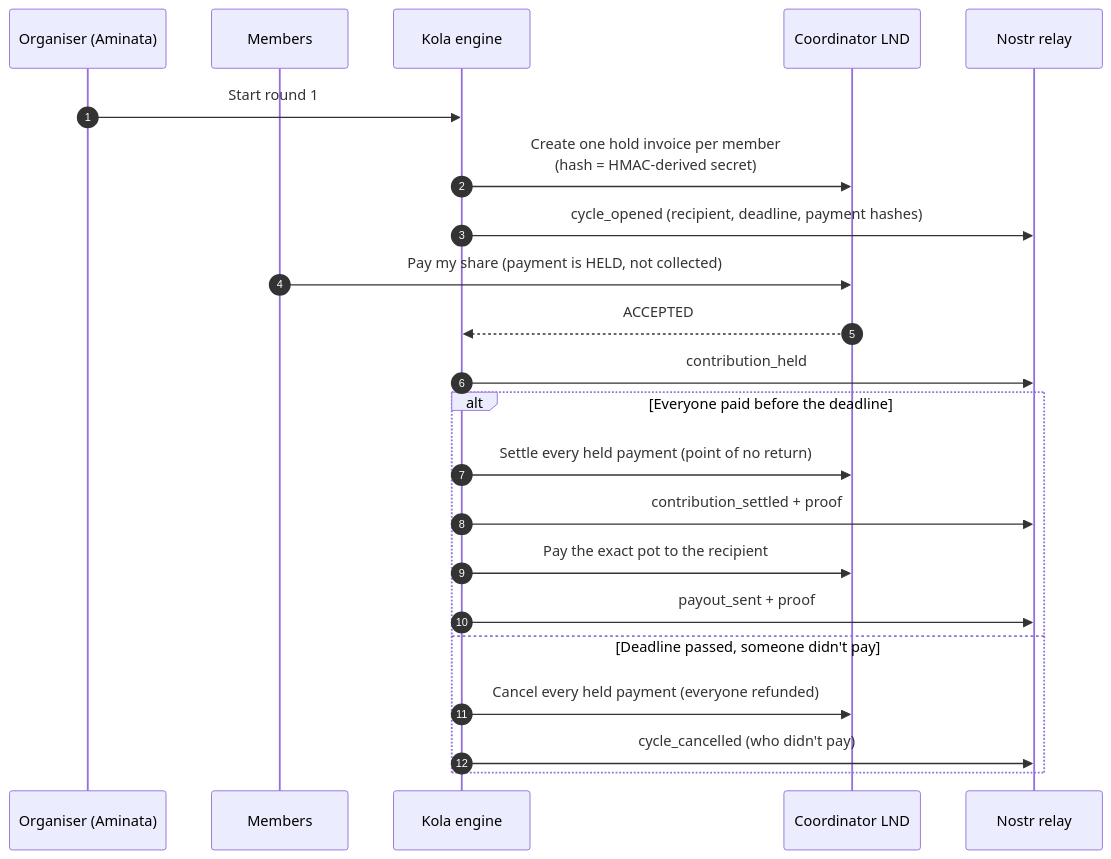
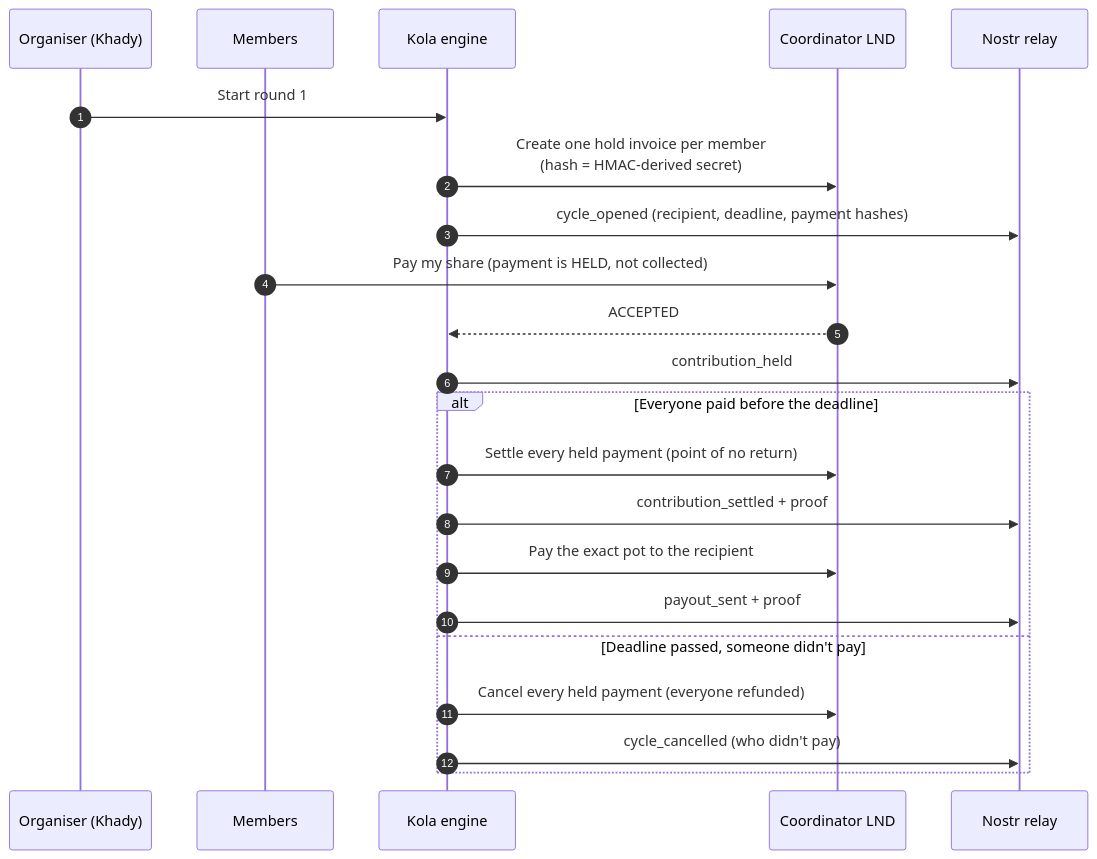
Before and after one commit to lsgnjms/kola: the second of 2 diagrams in README.md, drawn with Mermaid. The commit also changed other lines of this file and 34 other files, not shown here.

````diff
--- a/README.md
+++ b/README.md
@@ -146,25 +147,25 @@
 ```mermaid
 sequenceDiagram
   autonumber
-  participant O as Organiser (Aminata)
+  participant O as Organiser (Khady)
   participant M as Members
   participant K as Kola engine
   participant L as Coordinator LND
   participant R as Nostr relay
 
   O->>K: Start round 1
   K->>L: Create one hold invoice per member<br/>(hash = HMAC-derived secret)
   K->>R: cycle_opened (recipient, deadline, payment hashes)
   M->>L: Pay my share (payment is HELD, not collected)
   L-->>K: ACCEPTED
   K->>R: contribution_held
   alt Everyone paid before the deadline
     K->>L: Settle every held payment (point of no return)
     K->>R: contribution_settled + proof
     K->>L: Pay the exact pot to the recipient
     K->>R: payout_sent + proof
   else Deadline passed, someone didn't pay
     K->>L: Cancel every held payment (everyone refunded)
     K->>R: cycle_cancelled (who didn't pay)
   end
 ```
````
